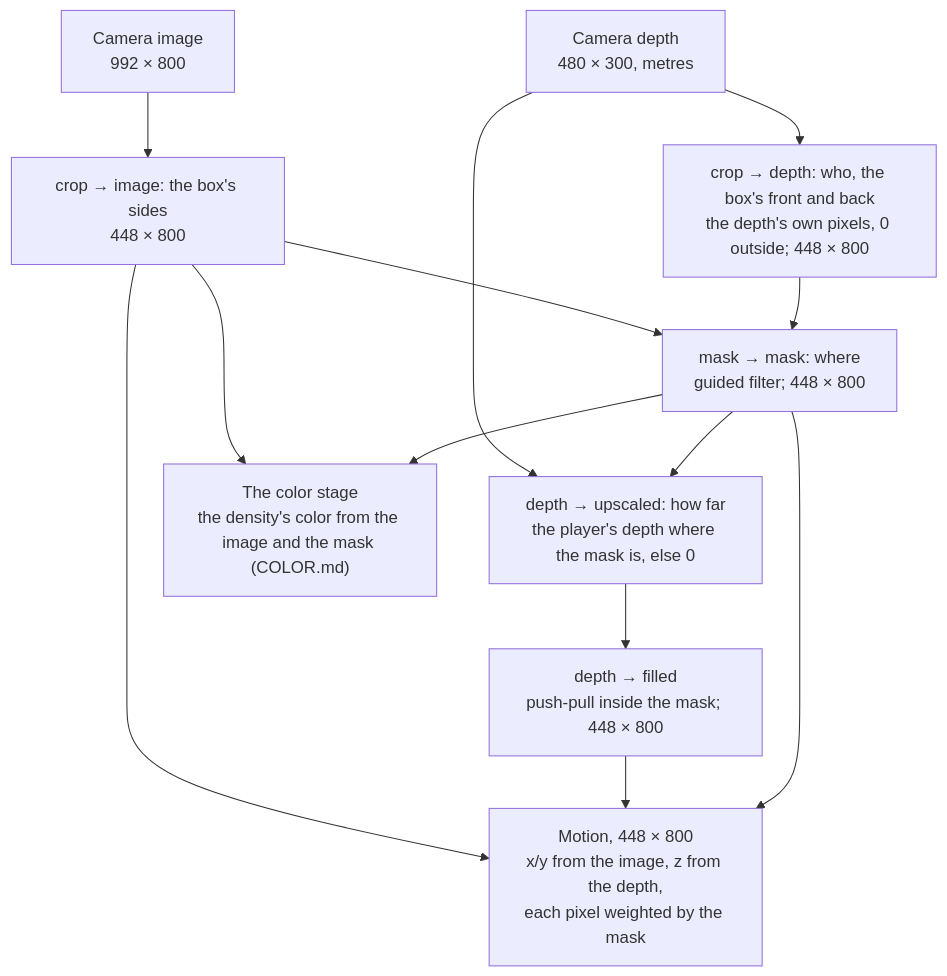
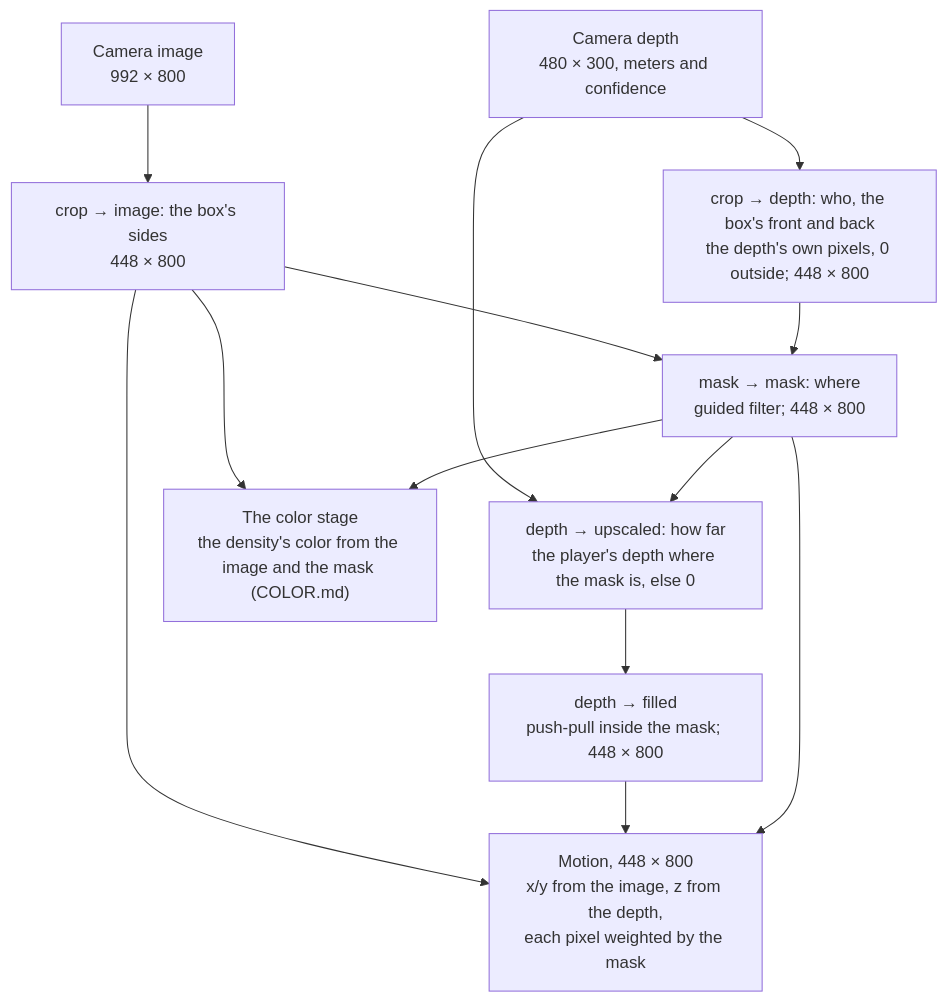
The diagram in modules/flow/VIEW.md (moostrik/Poser2), drawn with Mermaid before and after one commit. The commit also changed other lines of this file and 15 other files, not shown here.

First line of the commit message:
camera plan A6: the view carries the depth's confidence in green

````diff
--- a/modules/flow/VIEW.md
+++ b/modules/flow/VIEW.md
@@ -31,23 +31,23 @@
 ```mermaid
 flowchart TB
   I["Camera image<br/>992 × 800"]
-  D["Camera depth<br/>480 × 300, metres"]
+  D["Camera depth<br/>480 × 300, meters and confidence"]
   C["crop → image: the box's sides<br/>448 × 800"]
   K["crop → depth: who, the box's front and back<br/>the depth's own pixels, 0 outside; 448 × 800"]
   M["mask → mask: where<br/>guided filter; 448 × 800"]
   R["depth → upscaled: how far<br/>the player's depth where the mask is, else 0"]
   F["depth → filled<br/>push-pull inside the mask; 448 × 800"]
   G["The color stage<br/>the density's color from the image and the mask (COLOR.md)"]
   MO["Motion, 448 × 800<br/>x/y from the image, z from the depth,<br/>each pixel weighted by the mask"]
   I --> C
   D --> K
   C --> M
   K --> M
   D --> R
   M --> R --> F
   C --> G
   M --> G
   C --> MO
   F --> MO
   M --> MO
 ```
````
